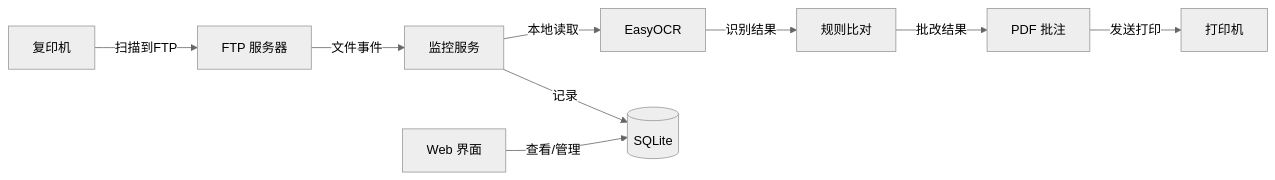
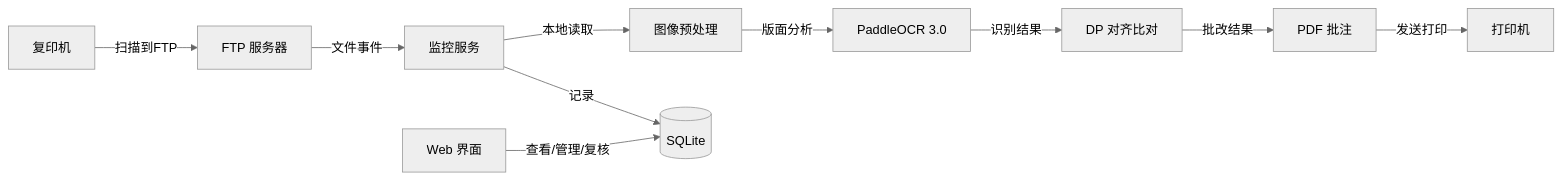
One commit to xfyang728/correction changed the diagram in auto_marker/README.md. Above: the diagram before and after it, drawn with Mermaid (neutral theme). The commit also changed other lines of this file and 15 other files, not shown here.

````diff
--- a/auto_marker/README.md
+++ b/auto_marker/README.md
@@ -7,11 +7,12 @@
 ```mermaid
 flowchart LR
     A[复印机] -->|扫描到FTP| B[FTP 服务器]
     B -->|文件事件| C[监控服务]
-    C -->|本地读取| D[EasyOCR]
-    D -->|识别结果| E[规则比对]
-    E -->|批改结果| F[PDF 批注]
-    F -->|发送打印| G[打印机]
-    C -->|记录| H[(SQLite)]
-    I[Web 界面] -->|查看/管理| H
+    C -->|本地读取| D[图像预处理]
+    D -->|版面分析| E[PaddleOCR 3.0]
+    E -->|识别结果| F[DP 对齐比对]
+    F -->|批改结果| G[PDF 批注]
+    G -->|发送打印| H[打印机]
+    C -->|记录| I[(SQLite)]
+    J[Web 界面] -->|查看/管理/复核| I
 ```
````
